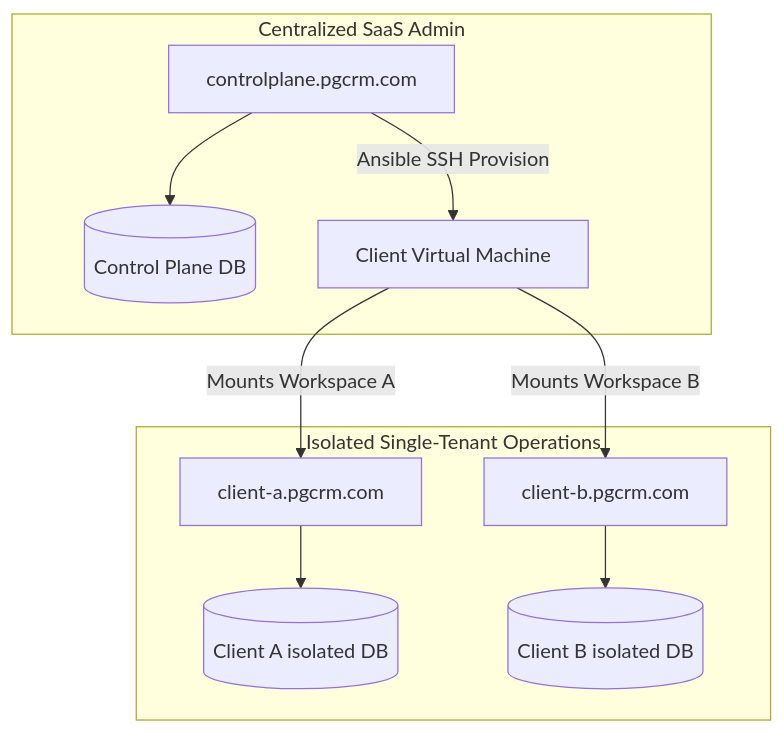
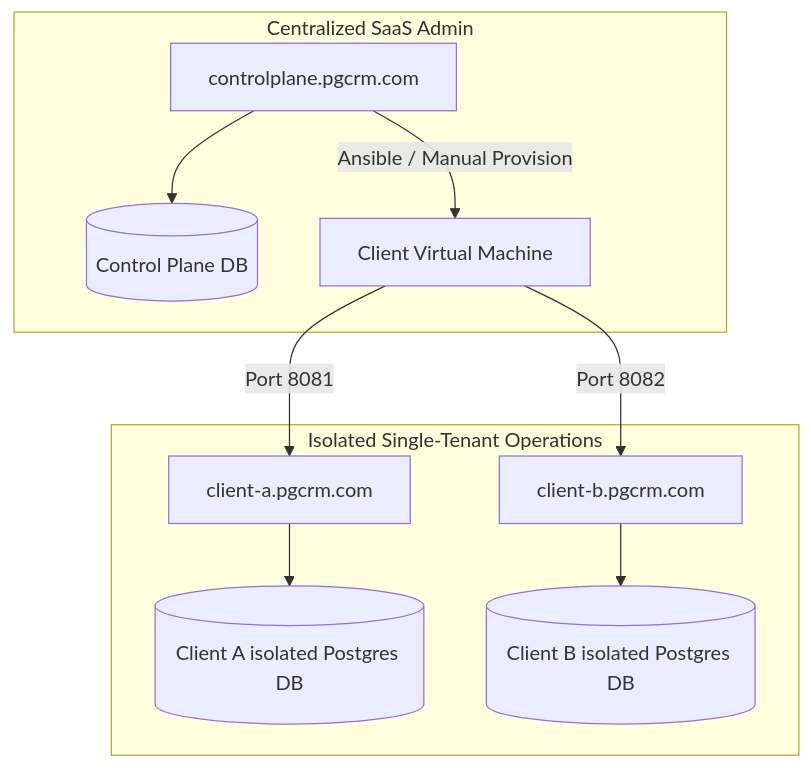
One commit to rahul-0906/PG-Project changed the diagram in README.md. Above: the diagram before and after it, drawn with Mermaid. The commit also changed other lines of this file, not shown here.

````diff
--- a/README.md
+++ b/README.md
@@ -15,15 +30,14 @@
 ```mermaid
 graph TD
     subgraph SaaS Control Plane [Centralized SaaS Admin]
         ControlPlane[controlplane.pgcrm.com] --> CPDB[(Control Plane DB)]
-        ControlPlane -->|Ansible SSH Provision| HostVM[Client Virtual Machine]
+        ControlPlane -->|Ansible / Manual Provision| HostVM[Client Virtual Machine]
     end
-
     subgraph Tenant VM [Isolated Single-Tenant Operations]
-        HostVM -->|Mounts Workspace A| ClientA[client-a.pgcrm.com]
-        HostVM -->|Mounts Workspace B| ClientB[client-b.pgcrm.com]
+        HostVM -->|Port 8081| ClientA[client-a.pgcrm.com]
+        HostVM -->|Port 8082| ClientB[client-b.pgcrm.com]
         
-        ClientA --> DB_A[(Client A isolated DB)]
-        ClientB --> DB_B[(Client B isolated DB)]
+        ClientA --> DB_A[(Client A isolated Postgres DB)]
+        ClientB --> DB_B[(Client B isolated Postgres DB)]
     end
 ```
````
